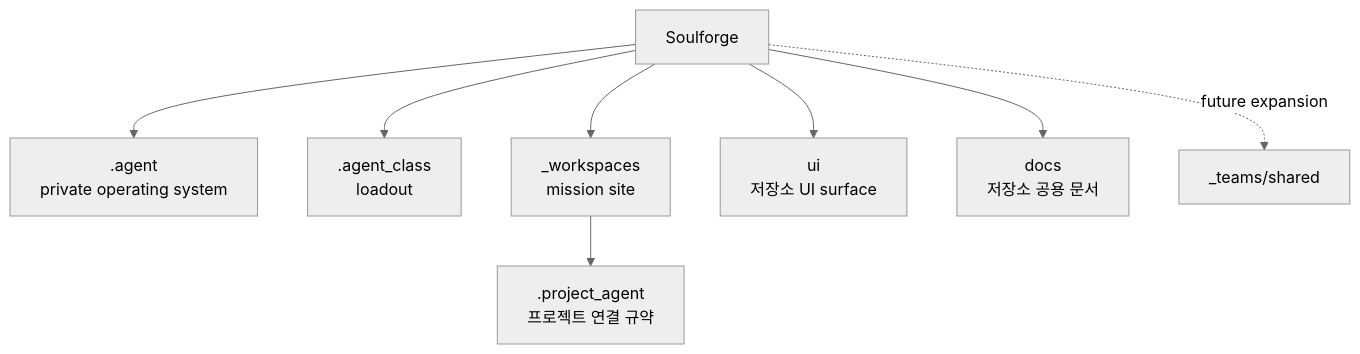
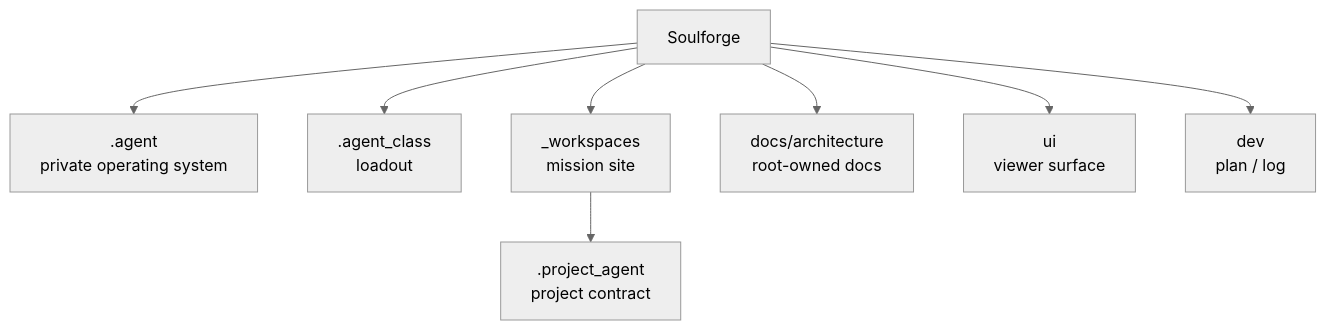
One commit to SungYongMOON/soulforge changed the diagram in README.md. Above: the diagram before and after it, drawn with Mermaid (neutral theme). The commit also changed other lines of this file and 43 other files, not shown here.

````diff
--- a/README.md
+++ b/README.md
@@ -30,10 +12,10 @@
 ```mermaid
 flowchart TD
   S["Soulforge"] --> B[".agent<br/>private operating system"]
   S --> C[".agent_class<br/>loadout"]
   S --> W["_workspaces<br/>mission site"]
-  S --> U["ui<br/>저장소 UI surface"]
-  S --> D["docs<br/>저장소 공용 문서"]
-  W --> P[".project_agent<br/>프로젝트 연결 규약"]
-  S -. "future expansion" .-> T["_teams/shared"]
+  S --> D["docs/architecture<br/>root-owned docs"]
+  S --> U["ui<br/>viewer surface"]
+  S --> V["dev<br/>plan / log"]
+  W --> P[".project_agent<br/>project contract"]
 ```
````
